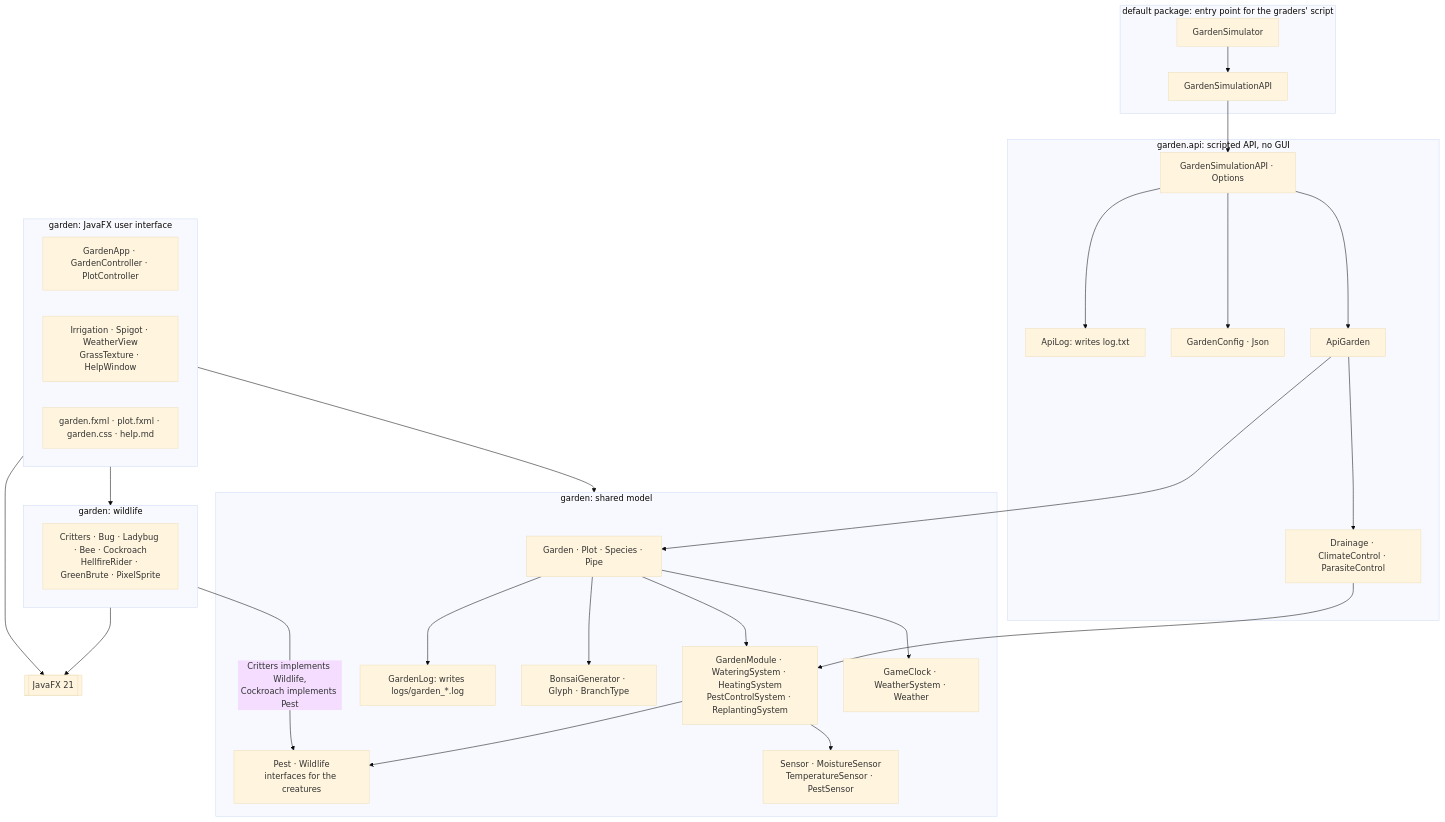
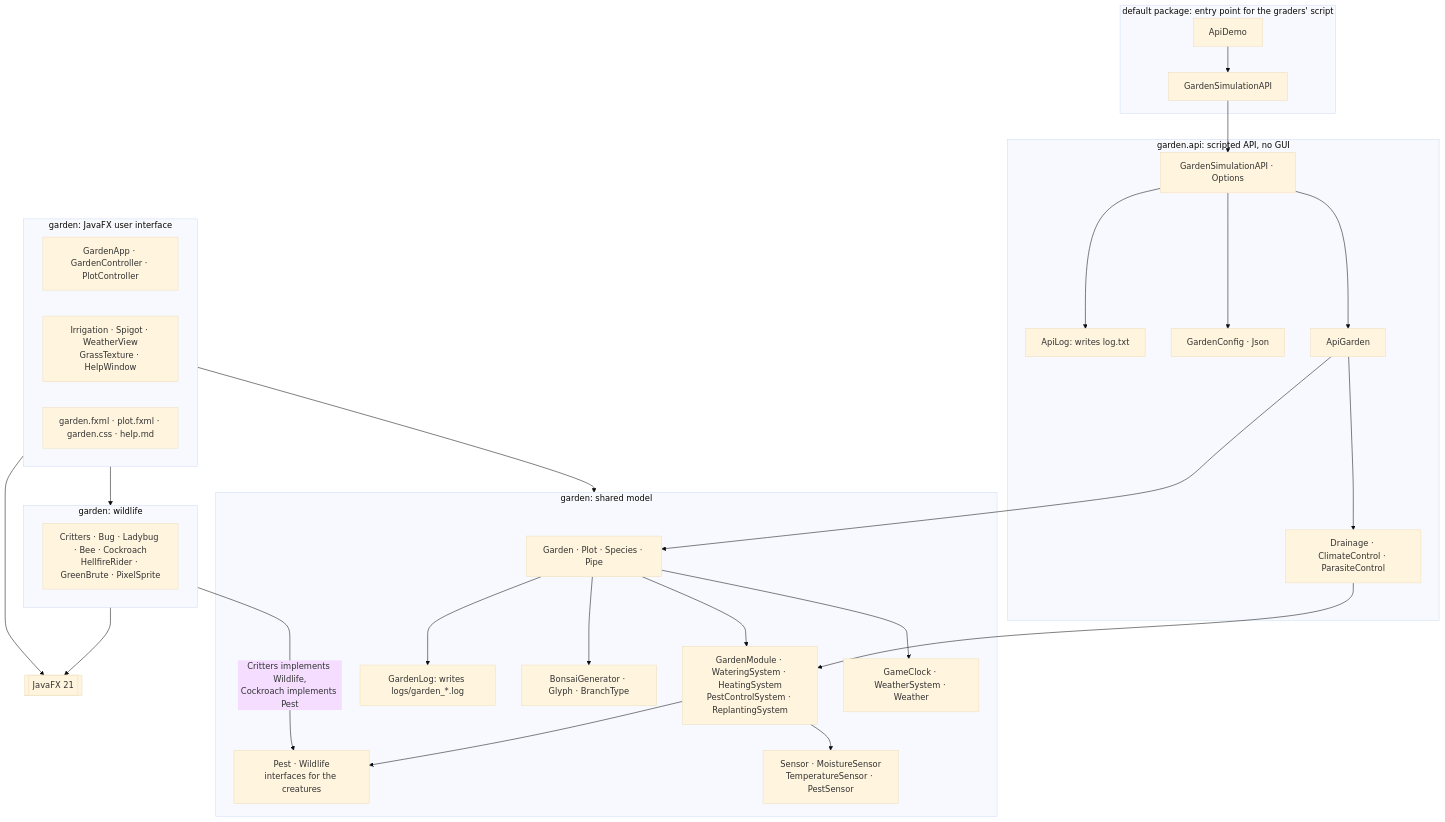
One commit to Hstrauss1/gitgarden changed the third of 17 diagrams in docs/UML.md. Above: the diagram before and after it, drawn with Mermaid (base theme). The commit also changed other lines of this file and 8 other files, not shown here.

First line of the commit message:
Rename GardenSimulator to ApiDemo and add the testing write-up

````diff
--- a/docs/UML.md
+++ b/docs/UML.md
@@ -134,51 +134,51 @@
 ```mermaid
 flowchart TB
     subgraph Default["default package: entry point for the graders' script"]
         SAPI["GardenSimulationAPI"]
-        Sim["GardenSimulator"]
+        Sim["ApiDemo"]
     end
 
     subgraph Api["garden.api: scripted API, no GUI"]
         CAPI["GardenSimulationAPI · Options"]
         AG["ApiGarden"]
         AMods["Drainage · ClimateControl · ParasiteControl"]
         Cfg["GardenConfig · Json"]
         ALog["ApiLog: writes log.txt"]
     end
 
     subgraph Model["garden: shared model"]
         G["Garden · Plot · Species · Pipe"]
         T["GameClock · WeatherSystem · Weather"]
         Mods["GardenModule · WateringSystem · HeatingSystem<br/>PestControlSystem · ReplantingSystem"]
         Sens["Sensor · MoistureSensor<br/>TemperatureSensor · PestSensor"]
         Ifc["Pest · Wildlife<br/>interfaces for the creatures"]
         Gen["BonsaiGenerator · Glyph · BranchType"]
         Log["GardenLog: writes logs/garden_*.log"]
     end
 
     subgraph Wild["garden: wildlife"]
         Cr["Critters · Bug · Ladybug · Bee · Cockroach<br/>HellfireRider · GreenBrute · PixelSprite"]
     end
 
     subgraph GUI["garden: JavaFX user interface"]
         App["GardenApp · GardenController · PlotController"]
         Views["Irrigation · Spigot · WeatherView<br/>GrassTexture · HelpWindow"]
         Res["garden.fxml · plot.fxml · garden.css · help.md"]
     end
 
     JFX[["JavaFX 21"]]
 
     Sim --> SAPI --> CAPI
     CAPI --> AG & Cfg & ALog
     AG --> AMods
     AG --> G
     AMods --> Mods
     G --> T & Mods & Gen & Log
     Mods --> Sens
     GUI --> Model
     GUI --> Wild
     GUI --> JFX
     Wild --> JFX
     Mods --> Ifc
     Wild -- "Critters implements Wildlife,<br/>Cockroach implements Pest" --> Ifc
 ```
````
